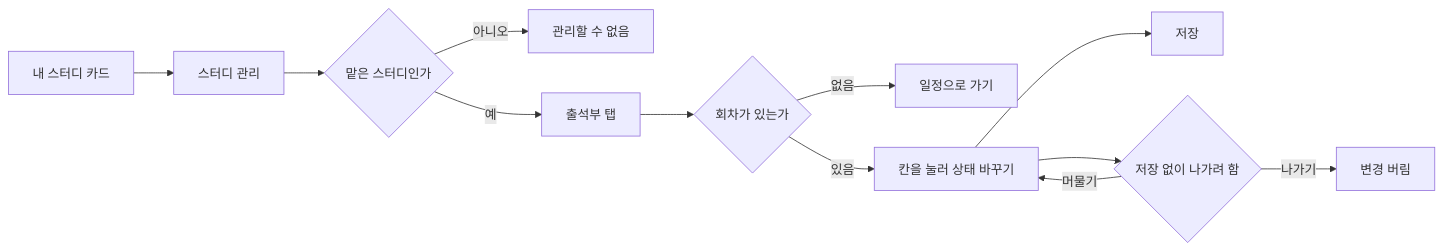
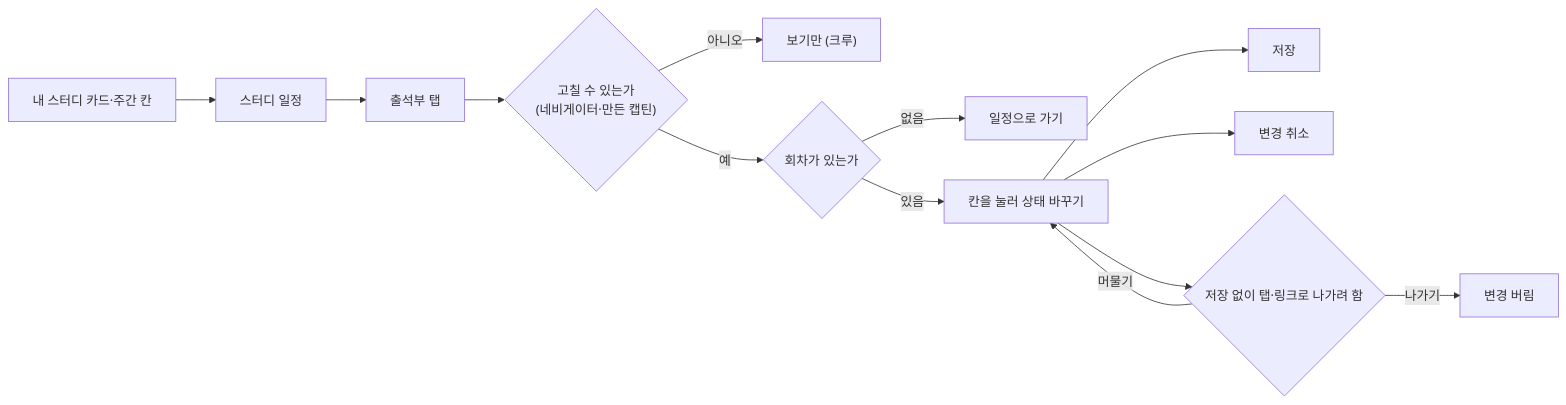
Before and after one commit to StudyClub-PlusPlus/studyclub-engineering: the first of 2 diagrams in planning/stories/navigator-edit-attendance/PRD.md, drawn with Mermaid. The commit also changed other lines of this file, not shown here.

First line of the commit message:
docs(planning): 네비게이터 출석 수정 PRD를 스터디 일정 출석부 탭에 맞춤

````diff
--- a/planning/stories/navigator-edit-attendance/PRD.md
+++ b/planning/stories/navigator-edit-attendance/PRD.md
@@ -9,14 +11,15 @@
 ```mermaid
 flowchart LR
-  A["내 스터디 카드"] --> B["스터디 관리"]
-  B --> C{"맡은 스터디인가"}
-  C -->|아니오| D["관리할 수 없음"]
-  C -->|예| E["출석부 탭"]
-  E --> F{"회차가 있는가"}
+  A["내 스터디 카드·주간 칸"] --> B["스터디 일정"]
+  B --> C["출석부 탭"]
+  C --> D{"고칠 수 있는가<br>(네비게이터·만든 캡틴)"}
+  D -->|아니오| E["보기만 (크루)"]
+  D -->|예| F{"회차가 있는가"}
   F -->|없음| G["일정으로 가기"]
   F -->|있음| H["칸을 눌러 상태 바꾸기"]
   H --> I["저장"]
-  H --> J{"저장 없이 나가려 함"}
-  J -->|머물기| H
-  J -->|나가기| K["변경 버림"]
+  H --> J["변경 취소"]
+  H --> K{"저장 없이 탭·링크로 나가려 함"}
+  K -->|머물기| H
+  K -->|나가기| L["변경 버림"]
 ```
````
